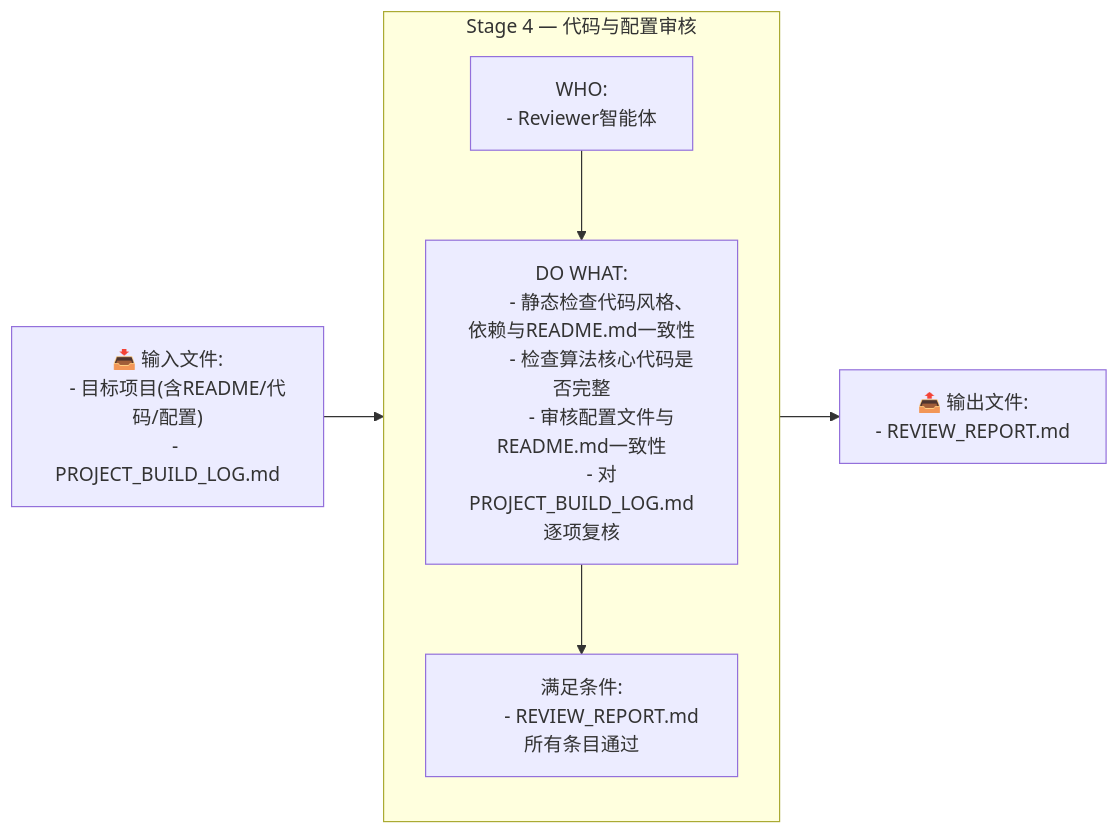
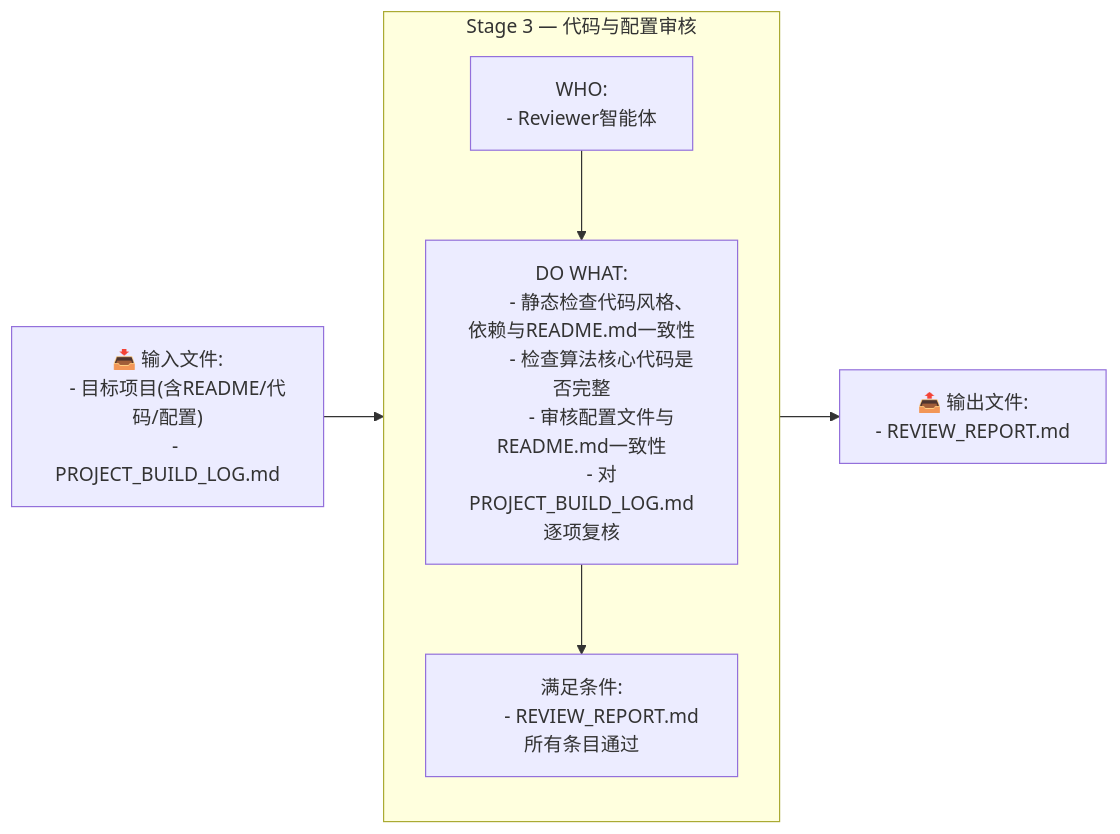
One commit to ouyangshixiong/context-engineering-zh changed the fourth of 15 diagrams in README.md. Above: the diagram before and after it, drawn with Mermaid. The commit also changed other lines of this file and 1 other file, not shown here.

````diff
--- a/README.md
+++ b/README.md
@@ -294,30 +249,30 @@
 ```mermaid
 flowchart LR
-    %% ================= Stage 4 =================
-    I4["📥 输入文件:
+    %% ================= Stage 3 =================
+    I3["📥 输入文件:
     - 目标项目(含README/代码/配置)
     - PROJECT_BUILD_LOG.md"]
 
-    O4["📤 输出文件:
+    O3["📤 输出文件:
     - REVIEW_REPORT.md"]
 
-    subgraph S4["Stage 4 — 代码与配置审核"]
+    subgraph S3["Stage 3 — 代码与配置审核"]
         direction TB
         W4["WHO:
         - Reviewer智能体"]
 
         A4["DO WHAT:
         - 静态检查代码风格、依赖与README.md一致性
         - 检查算法核心代码是否完整
         - 审核配置文件与README.md一致性
         - 对PROJECT_BUILD_LOG.md逐项复核"]
 
         V4["满足条件:
         - REVIEW_REPORT.md所有条目通过"]
 
         W4 --> A4 --> V4
     end
 
-    I4 --> S4 --> O4
+    I3 --> S3 --> O3
 
 ```
````
